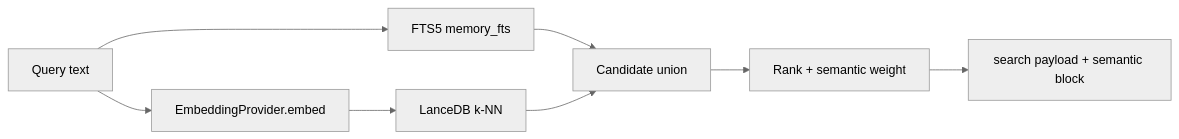
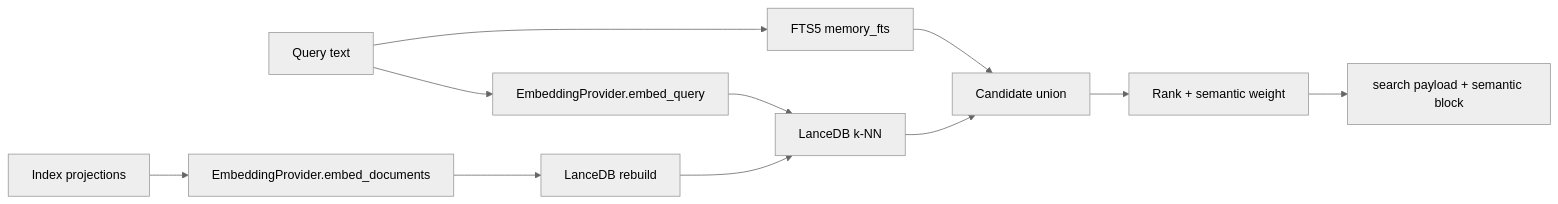
The eighth of 9 diagrams in docs/book/26-engineering-memory.md (orenlab/codeclone), drawn with Mermaid (neutral theme) before and after one commit. The commit also changed other lines of this file and 10 other files, not shown here.

````diff
--- a/docs/book/26-engineering-memory.md
+++ b/docs/book/26-engineering-memory.md
@@ -568,10 +574,13 @@
 ```mermaid
 flowchart LR
     Q[Query text] --> FTS[FTS5 memory_fts]
-    Q --> EMB[EmbeddingProvider.embed]
+    Q --> EMB[EmbeddingProvider.embed_query]
+    DOCS[Index projections] --> DOCEMB[EmbeddingProvider.embed_documents]
     EMB --> VEC[LanceDB k-NN]
+    DOCEMB --> INDEX[LanceDB rebuild]
+    INDEX --> VEC
     FTS --> MERGE[Candidate union]
     VEC --> MERGE
     MERGE --> RANK[Rank + semantic weight]
     RANK --> OUT[search payload + semantic block]
 ```
````
